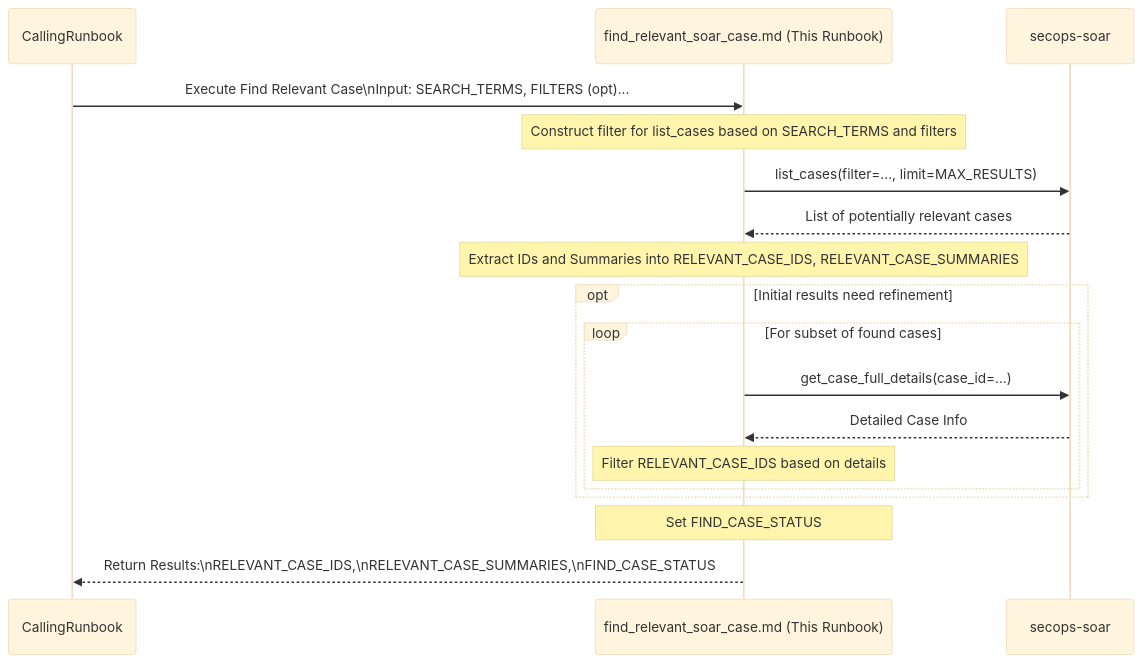
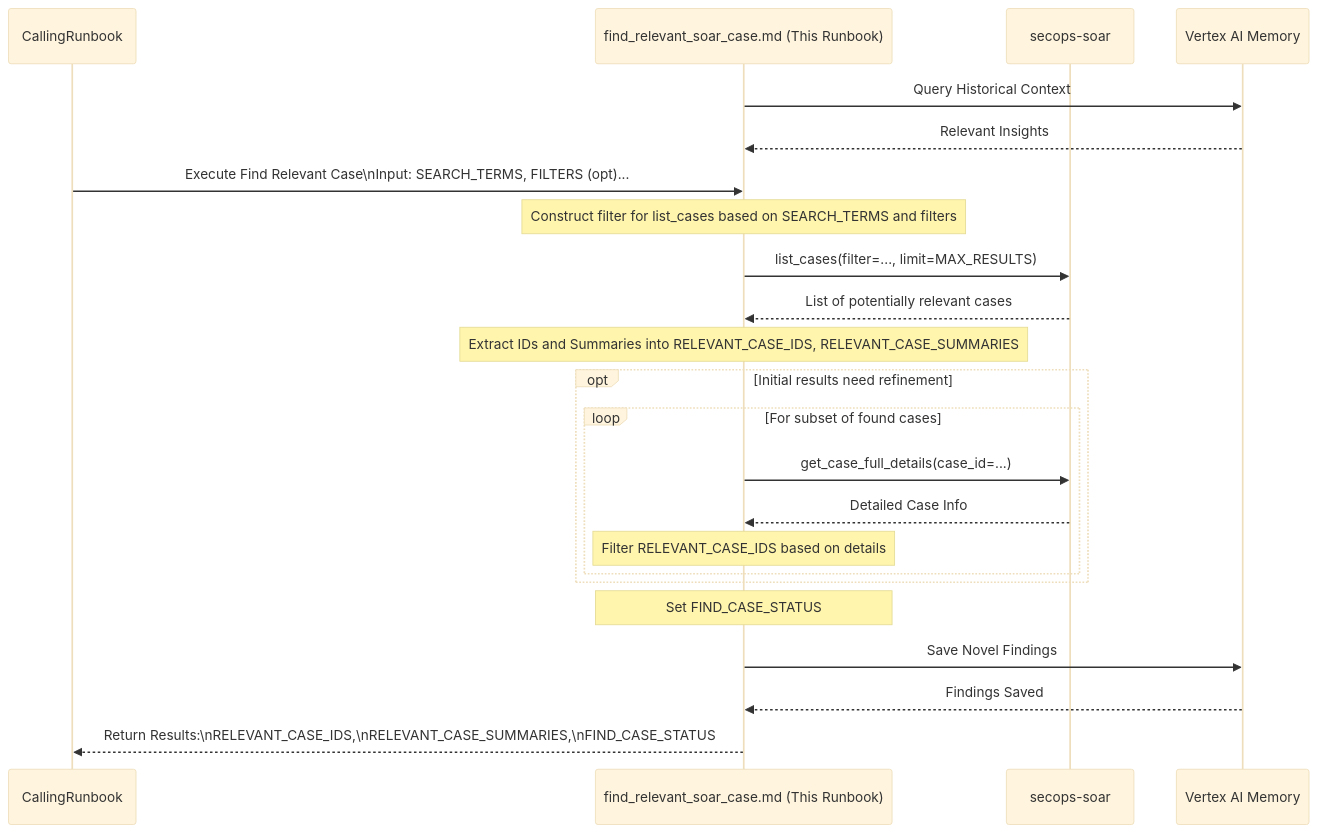
Before and after one commit to dandye/adk_runbooks: the diagram in rules-bank/run_books/common_steps/find_relevant_soar_case.md, drawn with Mermaid (base theme). The commit also changed other lines of this file and 125 other files, not shown here.

````diff
--- a/rules-bank/run_books/common_steps/find_relevant_soar_case.md
+++ b/rules-bank/run_books/common_steps/find_relevant_soar_case.md
@@ -43,32 +45,41 @@
 ```{mermaid}
 sequenceDiagram
     participant CallingRunbook
     participant FindCase as find_relevant_soar_case.md (This Runbook)
     participant SOAR as secops-soar
+    participant Memory as Vertex AI Memory
 
+
+    %% Step: Query Memory Context
+    FindCase->>Memory: Query Historical Context
+    Memory-->>FindCase: Relevant Insights
     CallingRunbook->>FindCase: Execute Find Relevant Case\nInput: SEARCH_TERMS, FILTERS (opt)...
 
     %% Step 2: Construct Filter
     Note over FindCase: Construct filter for list_cases based on SEARCH_TERMS and filters
 
     %% Step 3: Execute Search
     FindCase->>SOAR: list_cases(filter=..., limit=MAX_RESULTS)
     SOAR-->>FindCase: List of potentially relevant cases
 
     %% Step 4: Process Results
     Note over FindCase: Extract IDs and Summaries into RELEVANT_CASE_IDS, RELEVANT_CASE_SUMMARIES
 
     %% Step 5: Optional Refinement (Conceptual)
     opt Initial results need refinement
         loop For subset of found cases
             FindCase->>SOAR: get_case_full_details(case_id=...)
             SOAR-->>FindCase: Detailed Case Info
             Note over FindCase: Filter RELEVANT_CASE_IDS based on details
         end
     end
 
     %% Step 6: Return Results
     Note over FindCase: Set FIND_CASE_STATUS
+
+    %% Step: Save Findings to Memory
+    FindCase->>Memory: Save Novel Findings
+    Memory-->>FindCase: Findings Saved
     FindCase-->>CallingRunbook: Return Results:\nRELEVANT_CASE_IDS,\nRELEVANT_CASE_SUMMARIES,\nFIND_CASE_STATUS
 
 ```
````
